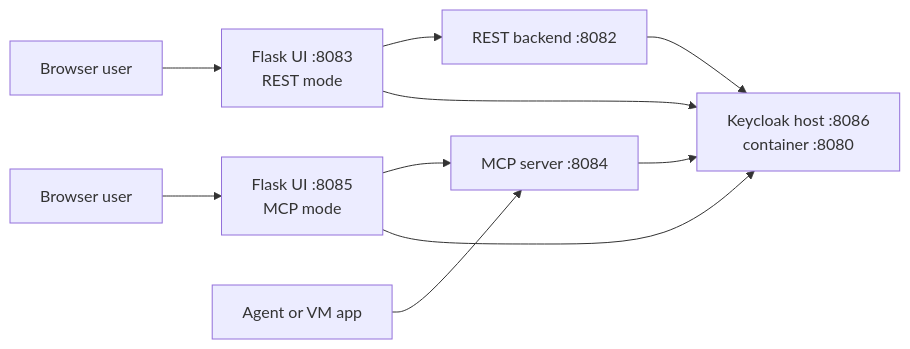
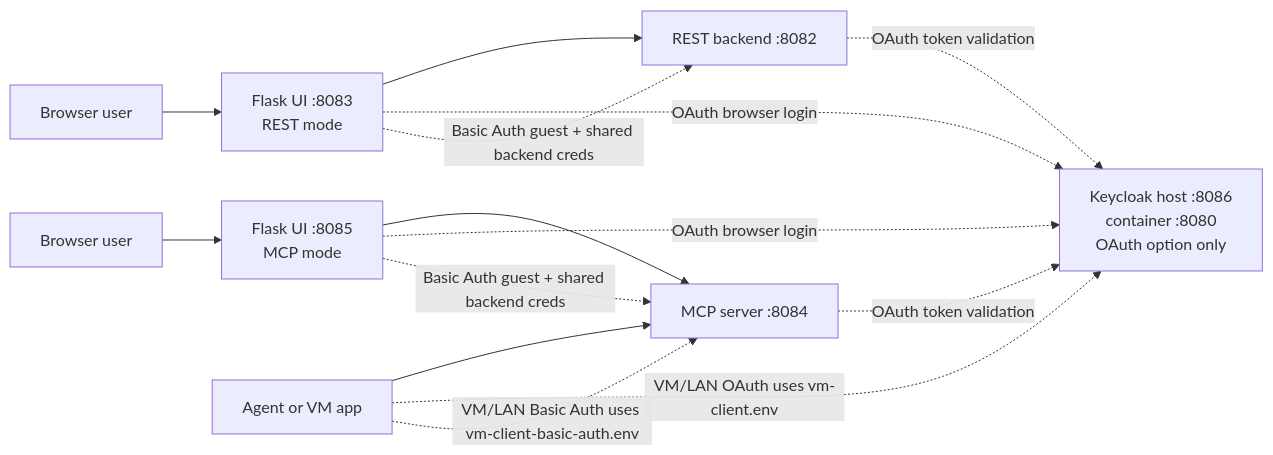
Before and after one commit to thomassuedbroecker/galaxium-travels-infrastructure-tsuedbro: the diagram in README.md, drawn with Mermaid. The commit also changed other lines of this file and 2 other files, not shown here.

Commit message:
update readme and architecture

````diff
--- a/README.md
+++ b/README.md
@@ -31,12 +32,16 @@
 ```mermaid
 flowchart LR
     Browser1["Browser user"] --> UIREST["Flask UI :8083<br/>REST mode"]
     Browser2["Browser user"] --> UIMCP["Flask UI :8085<br/>MCP mode"]
     Agent["Agent or VM app"] --> MCP["MCP server :8084"]
     UIREST --> REST["REST backend :8082"]
     UIMCP --> MCP
-    REST --> KC["Keycloak host :8086<br/>container :8080"]
-    MCP --> KC
-    UIREST --> KC
-    UIMCP --> KC
+    UIREST -. "OAuth browser login" .-> KC["Keycloak host :8086<br/>container :8080<br/>OAuth option only"]
+    UIMCP -. "OAuth browser login" .-> KC
+    REST -. "OAuth token validation" .-> KC
+    MCP -. "OAuth token validation" .-> KC
+    UIREST -. "Basic Auth guest + shared backend creds" .-> REST
+    UIMCP -. "Basic Auth guest + shared backend creds" .-> MCP
+    Agent -. "VM/LAN OAuth uses vm-client.env" .-> KC
+    Agent -. "VM/LAN Basic Auth uses vm-client-basic-auth.env" .-> MCP
 ```
````
